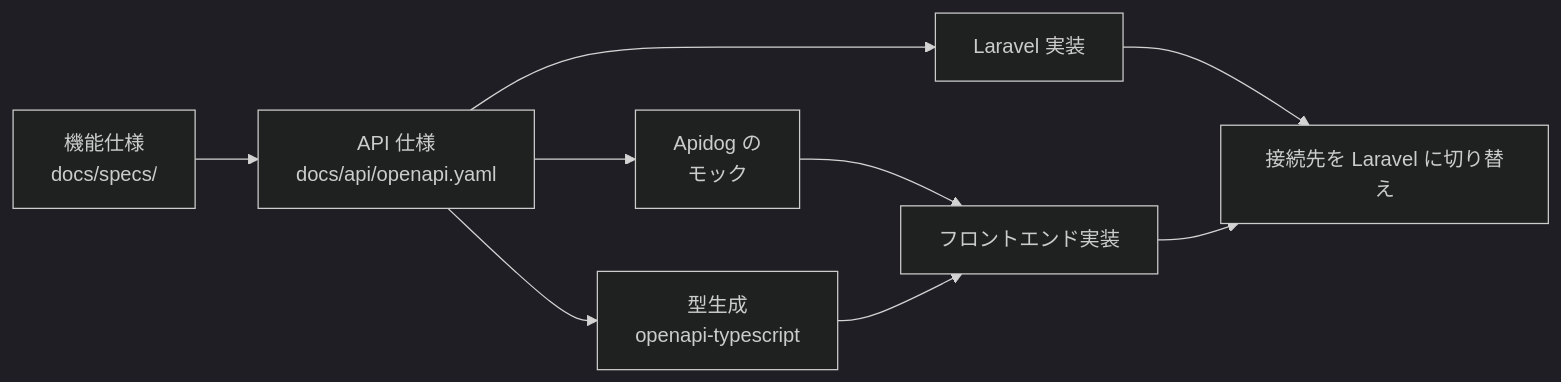
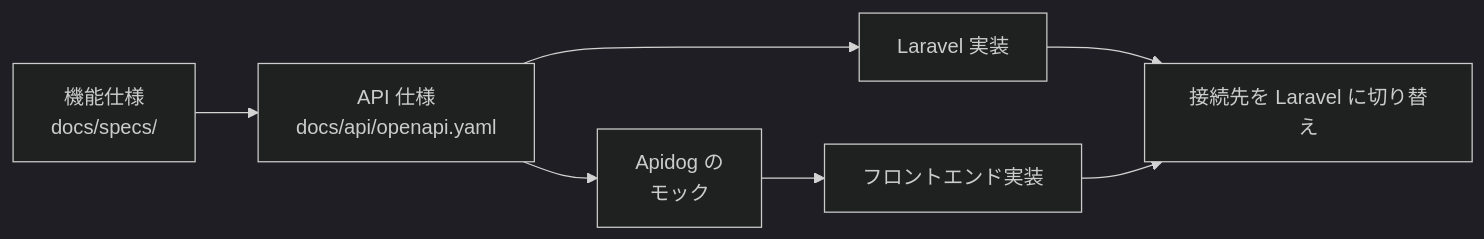
One commit to mtgit12/joushou changed the fourth of 4 diagrams in docs/architecture.md. Above: the diagram before and after it, drawn with Mermaid (dark theme). The commit also changed other lines of this file and 11 other files, not shown here.

````diff
--- a/docs/architecture.md
+++ b/docs/architecture.md
@@ -413,11 +412,9 @@
 ```mermaid
 flowchart LR
     Spec["機能仕様<br/>docs/specs/"] --> OAS["API 仕様<br/>docs/api/openapi.yaml"]
     OAS --> Mock["Apidog の<br/>モック"]
-    OAS --> Types["型生成<br/>openapi-typescript"]
     Mock --> Front["フロントエンド実装"]
-    Types --> Front
     OAS --> Back["Laravel 実装"]
     Back --> Switch["接続先を Laravel に切り替え"]
     Front --> Switch
 ```
````
